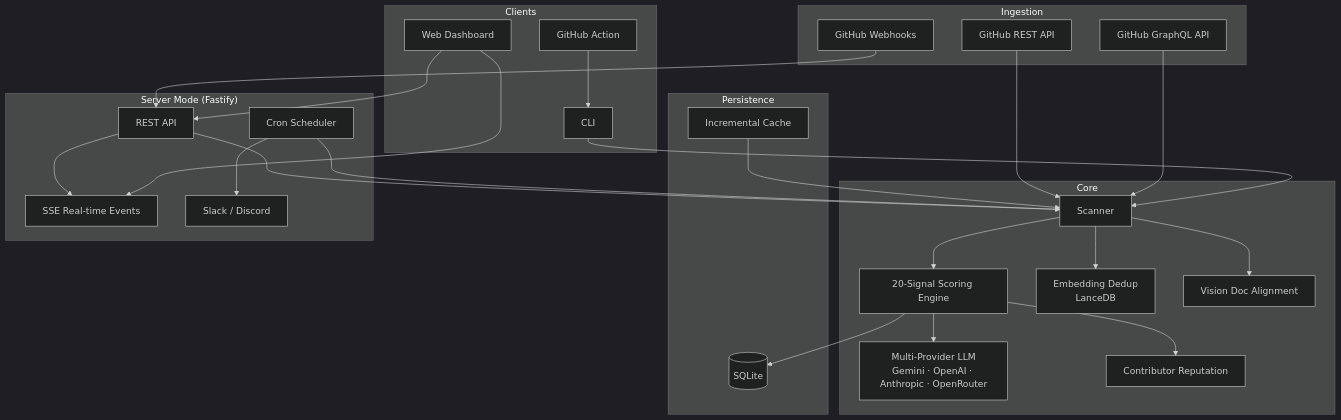
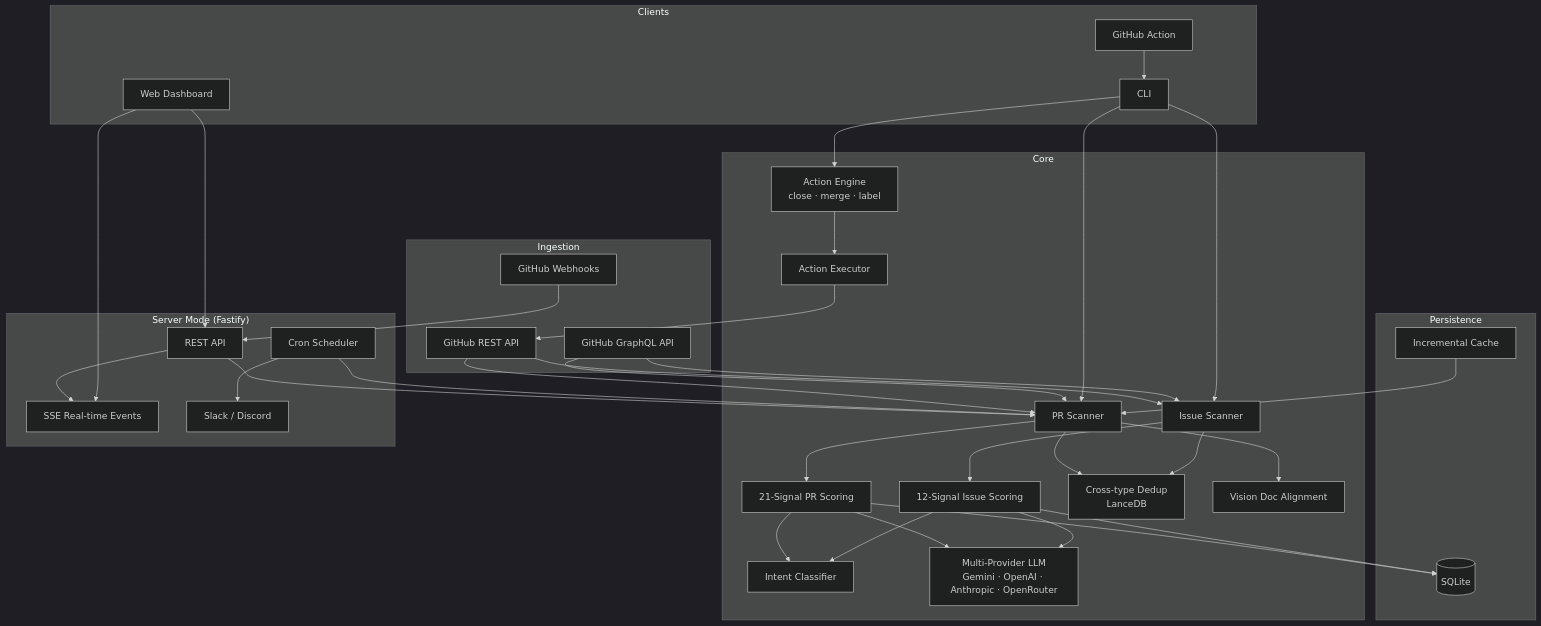
Before and after one commit to mahsumaktas/treliq: the diagram in README.md, drawn with Mermaid (dark theme). The commit also changed other lines of this file, not shown here.

First line of the commit message:
docs: update README for v0.7.0 — intent, issue triage, auto-actions

````diff
--- a/README.md
+++ b/README.md
@@ -180,53 +237,63 @@
 ```mermaid
 graph TB
     subgraph Ingestion
         GH_REST[GitHub REST API]
         GH_GQL[GitHub GraphQL API]
         WH[GitHub Webhooks]
     end
 
     subgraph Core
-        Scanner[Scanner]
-        Scoring[20-Signal Scoring Engine]
+        Scanner[PR Scanner]
+        IScan[Issue Scanner]
+        Scoring[21-Signal PR Scoring]
+        IScore[12-Signal Issue Scoring]
+        Intent[Intent Classifier]
         LLM[Multi-Provider LLM<br/>Gemini · OpenAI · Anthropic · OpenRouter]
-        Dedup[Embedding Dedup<br/>LanceDB]
+        Dedup[Cross-type Dedup<br/>LanceDB]
         Vision[Vision Doc Alignment]
-        Rep[Contributor Reputation]
+        Actions[Action Engine<br/>close · merge · label]
+        Executor[Action Executor]
     end
 
     subgraph Persistence
         SQLite[(SQLite)]
         Cache[Incremental Cache]
     end
 
     subgraph Server["Server Mode (Fastify)"]
         REST[REST API]
         SSE[SSE Real-time Events]
         Scheduler[Cron Scheduler]
         Notif[Slack / Discord]
     end
 
     subgraph Clients
         CLI[CLI]
         Dashboard[Web Dashboard]
         Action[GitHub Action]
     end
 
     GH_REST & GH_GQL --> Scanner
+    GH_REST & GH_GQL --> IScan
     WH --> REST
     Scanner --> Scoring
+    IScan --> IScore
+    Scoring --> Intent
+    IScore --> Intent
     Scoring --> LLM
-    Scanner --> Dedup
+    IScore --> LLM
+    Scanner & IScan --> Dedup
     Scanner --> Vision
-    Scoring --> Rep
-    Scoring --> SQLite
+    Scoring & IScore --> SQLite
+    Actions --> Executor
+    Executor --> GH_REST
     Cache --> Scanner
     REST --> Scanner
     REST --> SSE
     Scheduler --> Scanner
     Scheduler --> Notif
-    CLI --> Scanner
+    CLI --> Scanner & IScan & Actions
     Dashboard --> REST
     Dashboard --> SSE
     Action --> CLI
 ```
````
